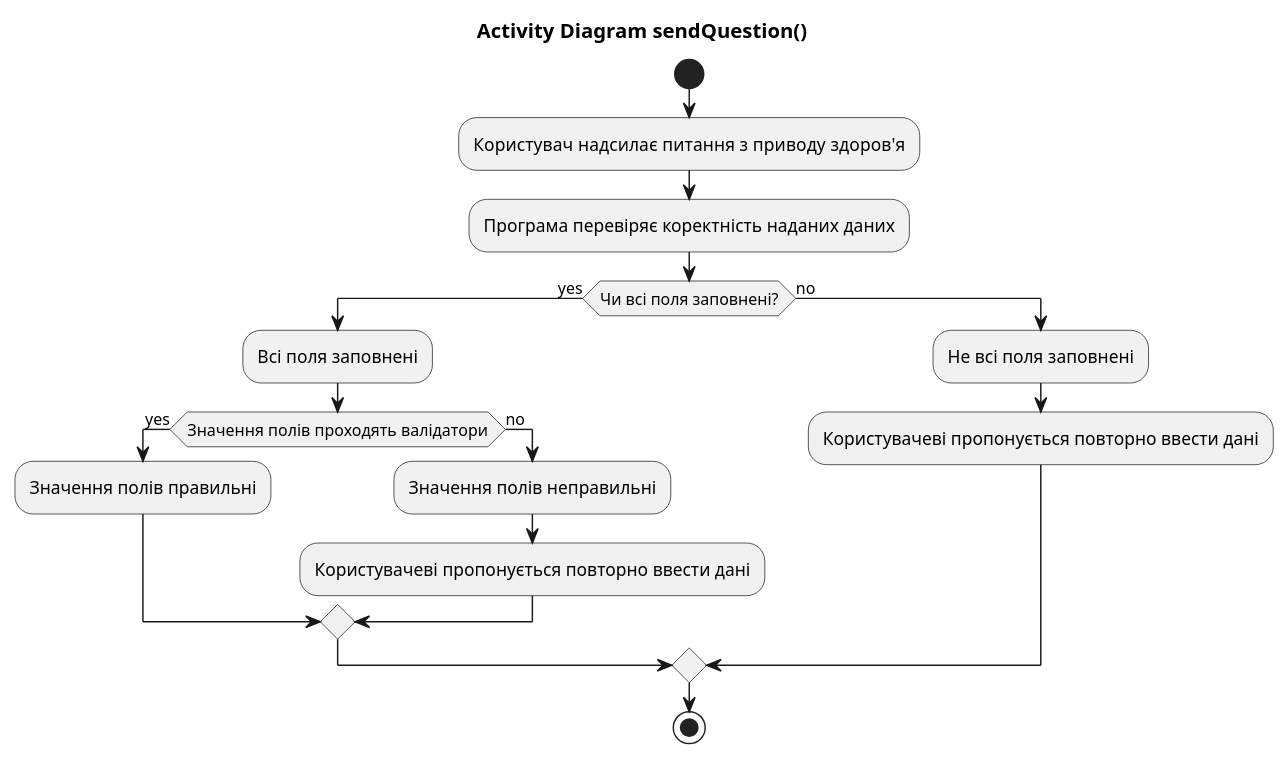
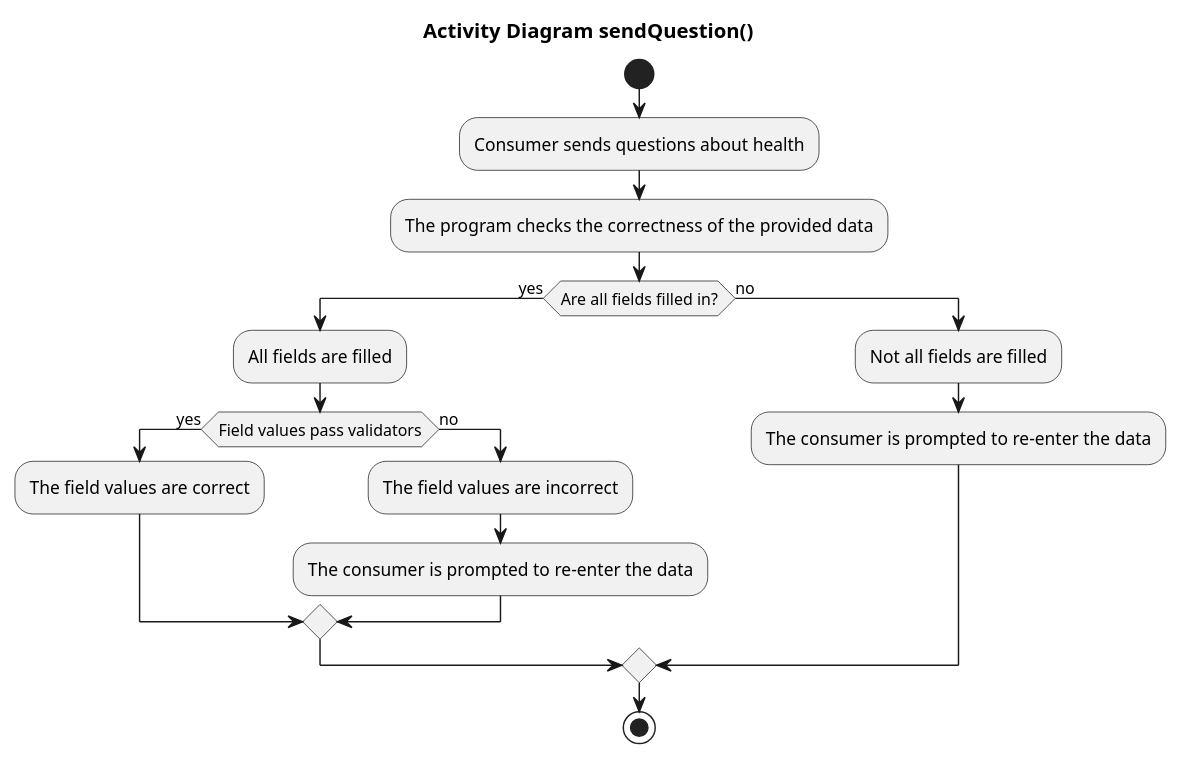
One commit to oleksandrblazhko/ai-211-el changed the diagram in 2-SoftwareDesign/2.7-PlantUML/UML-Activity.puml. Above: the diagram before and after it, drawn with PlantUML.

```diff
--- a/2-SoftwareDesign/2.7-PlantUML/UML-Activity.puml
+++ b/2-SoftwareDesign/2.7-PlantUML/UML-Activity.puml
@@ -1,22 +1,20 @@
 @startuml
-
 title Activity Diagram sendQuestion()
 
 start
-:Користувач надсилає питання  з приводу здоров'я;
-:Програма перевіряє коректність наданих даних; 
-if (Чи всі поля заповнені?) then (yes)
-   :Всі поля заповнені;
-   if (Значення полів проходять валідатори) then (yes)
-       :Значення полів правильні;
-   else (no)
-       :Значення полів неправильні;
-       :Користувачеві пропонується повторно ввести дані;
-   endif
+:Consumer sends questions about health;
+:The program checks the correctness of the provided data;
+if (Are all fields filled in?) then (yes)
+    :All fields are filled;
+    if (Field values pass validators) then (yes)
+        :The field values are correct;
+    else (no)
+        :The field values are incorrect;
+        :The consumer is prompted to re-enter the data;
+    endif
 else (no)
-   :Не всі поля заповнені;
-   :Користувачеві пропонується повторно ввести дані;
+    :Not all fields are filled;
+    :The consumer is prompted to re-enter the data;
 endif
 stop
-
 @enduml
```
